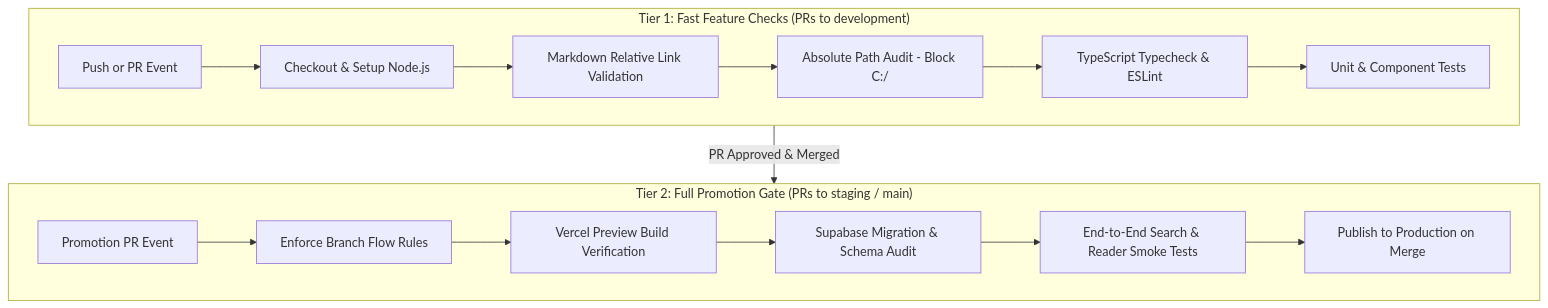
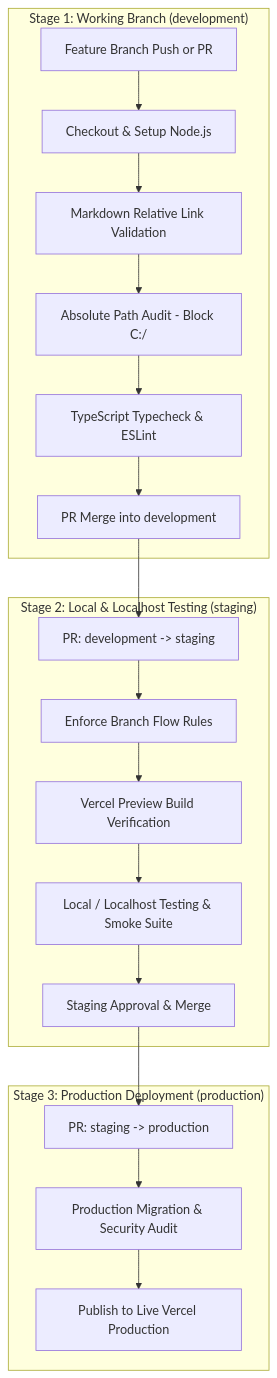
One commit to Oeubx/OurArchive changed the diagram in docs/ci_cd.md. Above: the diagram before and after it, drawn with Mermaid. The commit also changed other lines of this file and 4 other files, not shown here.

First line of the commit message:
docs(ci): formalize progressive delivery workflow across development, staging, and production [OA-M0-F0]

````diff
--- a/docs/ci_cd.md
+++ b/docs/ci_cd.md
@@ -20,20 +20,24 @@
 ```mermaid
 flowchart TD
-    subgraph Tier1["Tier 1: Fast Feature Checks (PRs to development)"]
-        A[Push or PR Event] --> B[Checkout & Setup Node.js]
+    subgraph Stage1["Stage 1: Working Branch (development)"]
+        A[Feature Branch Push or PR] --> B[Checkout & Setup Node.js]
         B --> C[Markdown Relative Link Validation]
         C --> D[Absolute Path Audit - Block C:/]
         D --> E[TypeScript Typecheck & ESLint]
-        E --> F[Unit & Component Tests]
+        E --> F[PR Merge into development]
     end
 
-    subgraph Tier2["Tier 2: Full Promotion Gate (PRs to staging / main)"]
-        G[Promotion PR Event] --> H[Enforce Branch Flow Rules]
+    subgraph Stage2["Stage 2: Local & Localhost Testing (staging)"]
+        F --> G[PR: development -> staging]
+        G --> H[Enforce Branch Flow Rules]
         H --> I[Vercel Preview Build Verification]
-        I --> J[Supabase Migration & Schema Audit]
-        J --> K[End-to-End Search & Reader Smoke Tests]
-        K --> L[Publish to Production on Merge]
+        I --> J[Local / Localhost Testing & Smoke Suite]
+        J --> K[Staging Approval & Merge]
     end
 
-    Tier1 -->|PR Approved & Merged| Tier2
+    subgraph Stage3["Stage 3: Production Deployment (production)"]
+        K --> L[PR: staging -> production]
+        L --> M[Production Migration & Security Audit]
+        M --> N[Publish to Live Vercel Production]
+    end
 ```
````
